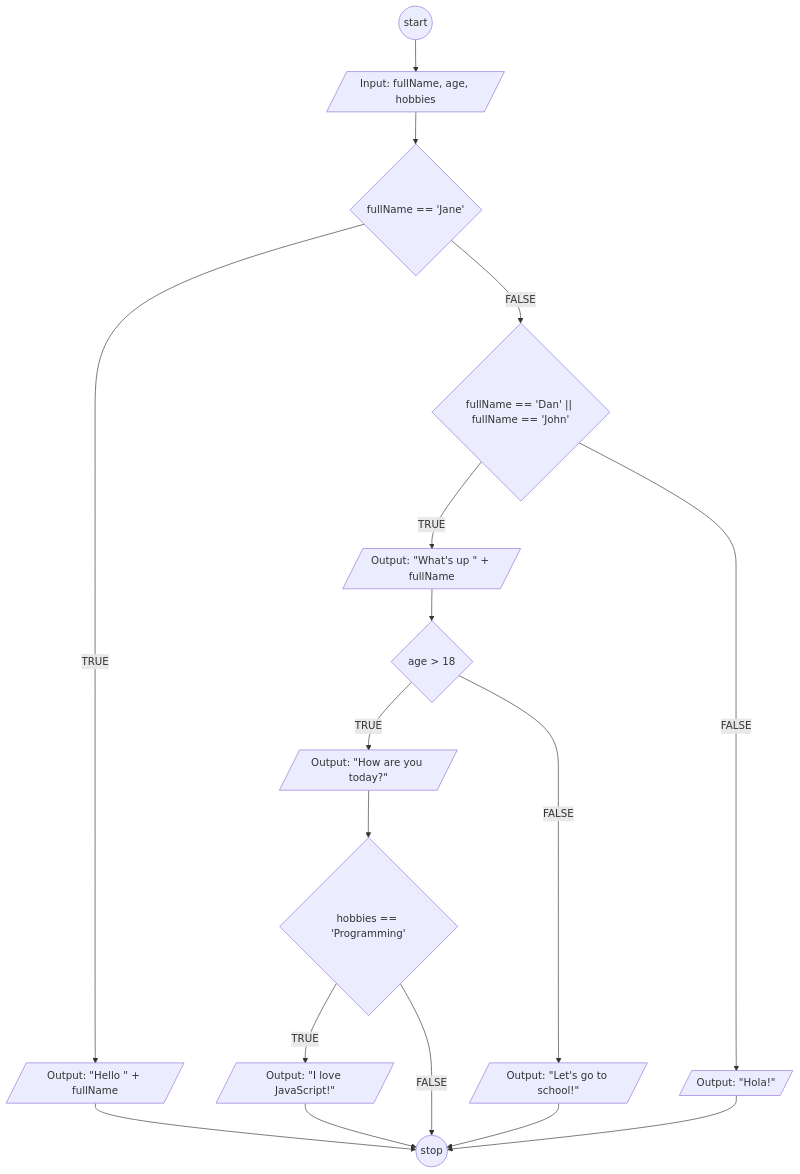
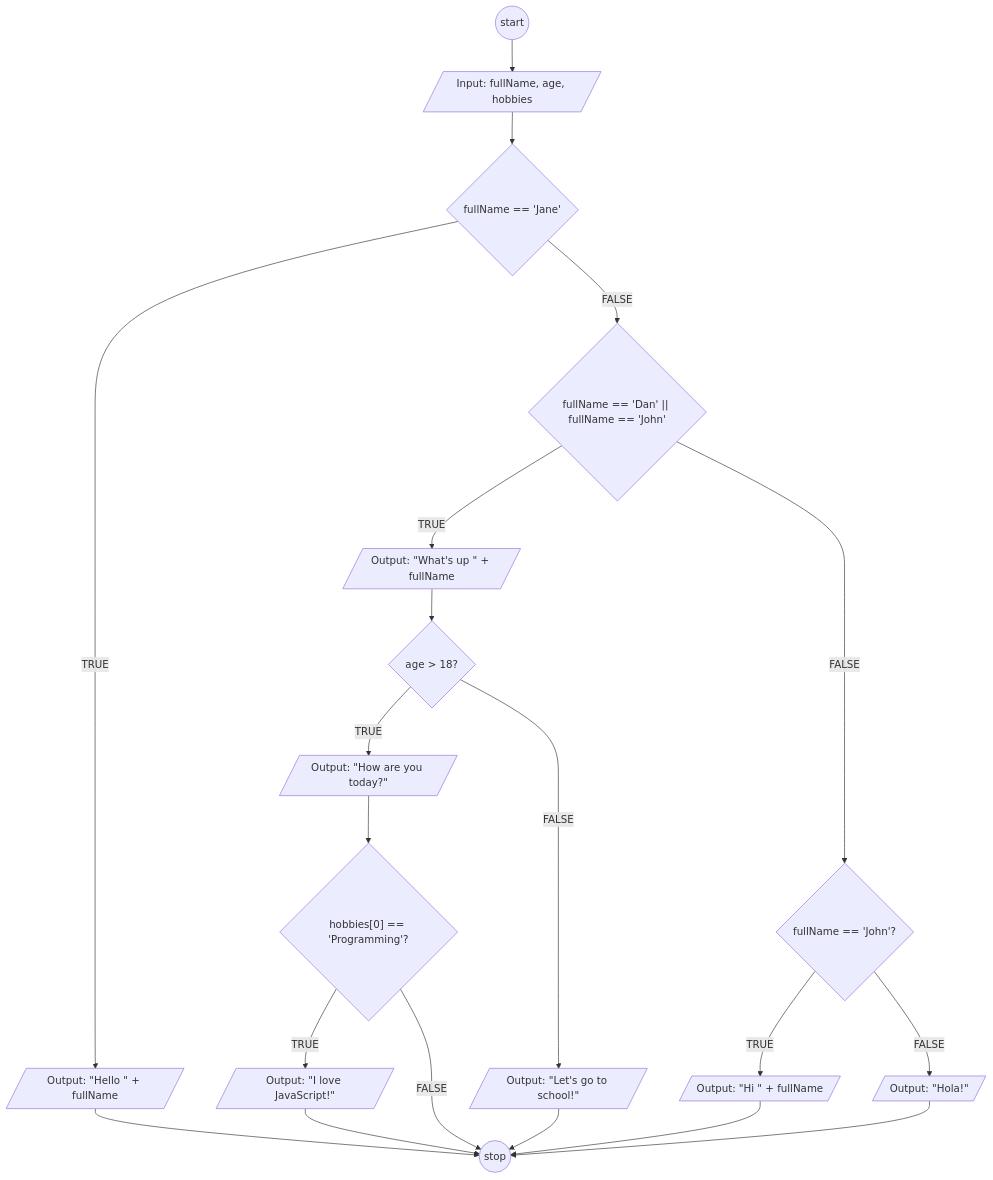
The diagram in flowchart-fullName.md (makarim22/koda-b6-javascript1), drawn with Mermaid before and after one commit.

````diff
--- a/flowchart-fullName.md
+++ b/flowchart-fullName.md
@@ -1,47 +1,54 @@
 ```mermaid
 flowchart TD
     A@{ shape: circle, label: "start" } --> B
 
     B@{ shape: lean-r, label: "Input: fullName, age, hobbies" } --> C
 
     C@{ shape: diamond, label: "fullName == 'Jane'" } -->|TRUE| D
 
     C -- FALSE --> E
 
-    D@{ shape: lean-r, label: "Output: \"Hello \" + fullName" } 
+    D@{ shape: lean-r, label: "Output: \"Hello \" + fullName" }
 
     E@{ shape: diamond, label: "fullName == 'Dan' || fullName == 'John'" } 
 
     E -- TRUE --> S
 
     S@{ shape: lean-r, label: "Output: \"What's up \" + fullName" } 
-
-    E -- FALSE --> K
-
     S --> F
 
-    F@{ shape: diamond, label: "age > 18" } 
+    E -- FALSE --> G
+
+    G@{ shape: diamond, label: "fullName == 'John'?" } 
+    G -- TRUE --> J
+
+    J@{ shape: lean-r, label: "Output: \"Hi \" + fullName" } 
+
+    G -- FALSE --> K
+
+    F@{ shape: diamond, label: "age > 18?" } 
 
     F  --> |TRUE| Q
 
     F -- FALSE --> H
 
     H@{ shape: lean-r, label: "Output: \"Let's go to school!\"" } 
 
     K@{ shape: lean-r, label: "Output: \"Hola!\"" } 
 
-    O@{ shape: diamond, label: "hobbies == 'Programming'" } -->|TRUE| P
+    O@{ shape: diamond, label: "hobbies[0] == 'Programming'?" } -->|TRUE| P
 
     O -- FALSE --> Z
 
     P@{ shape: lean-r, label: "Output: \"I love JavaScript!\"" } 
 
     Q@{ shape: lean-r, label: "Output: \"How are you today?\"" } --> O
 
     Z@{ shape: circle, label: "stop" }
 
     D --> Z
     K --> Z
     P --> Z
     H --> Z
+    J --> Z
 ```
````
